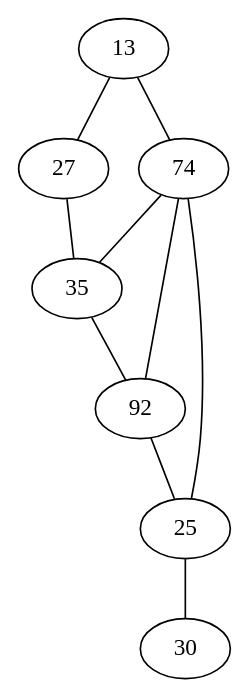
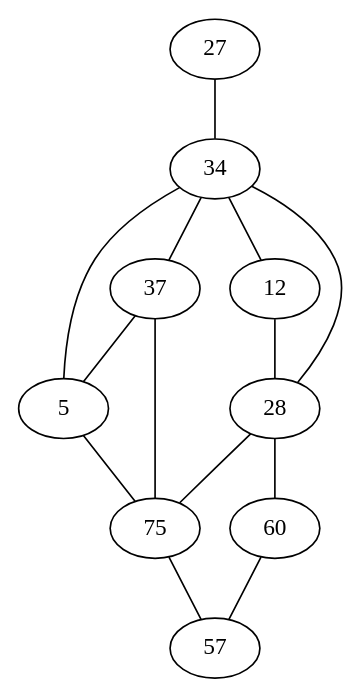
The diagram in testes/grafo1.dot (vinicius-de-souza/graphapplication), drawn with Graphviz before and after one commit. The commit also changed 24 other files, not shown here.

```diff
--- a/testes/grafo1.dot
+++ b/testes/grafo1.dot
@@ -1,23 +1,31 @@
 strict graph G { 
  
 
-    13 --  74
-    13 --  27
-    74 --  13
-    74 --  35
-    74 --  92
-    74 --  25
-    27 --  13
-    27 --  35
-    35 --  27
-    35 --  92
-    35 --  74
-    92 --  35
-    92 --  74
-    92 --  25
-    25 --  74
-    25 --  92
-    25 --  30
-    30 --  25
+    27 --  34
+    34 --  27
+    34 --  37
+    34 --  5
+    34 --  12
+    34 --  28
+    37 --  34
+    37 --  5
+    37 --  75
+    5 --  34
+    5 --  37
+    5 --  75
+    12 --  34
+    12 --  28
+    28 --  34
+    28 --  12
+    28 --  60
+    28 --  75
+    75 --  37
+    75 --  28
+    75 --  57
+    75 --  5
+    60 --  28
+    60 --  57
+    57 --  60
+    57 --  75
 
  }
```
